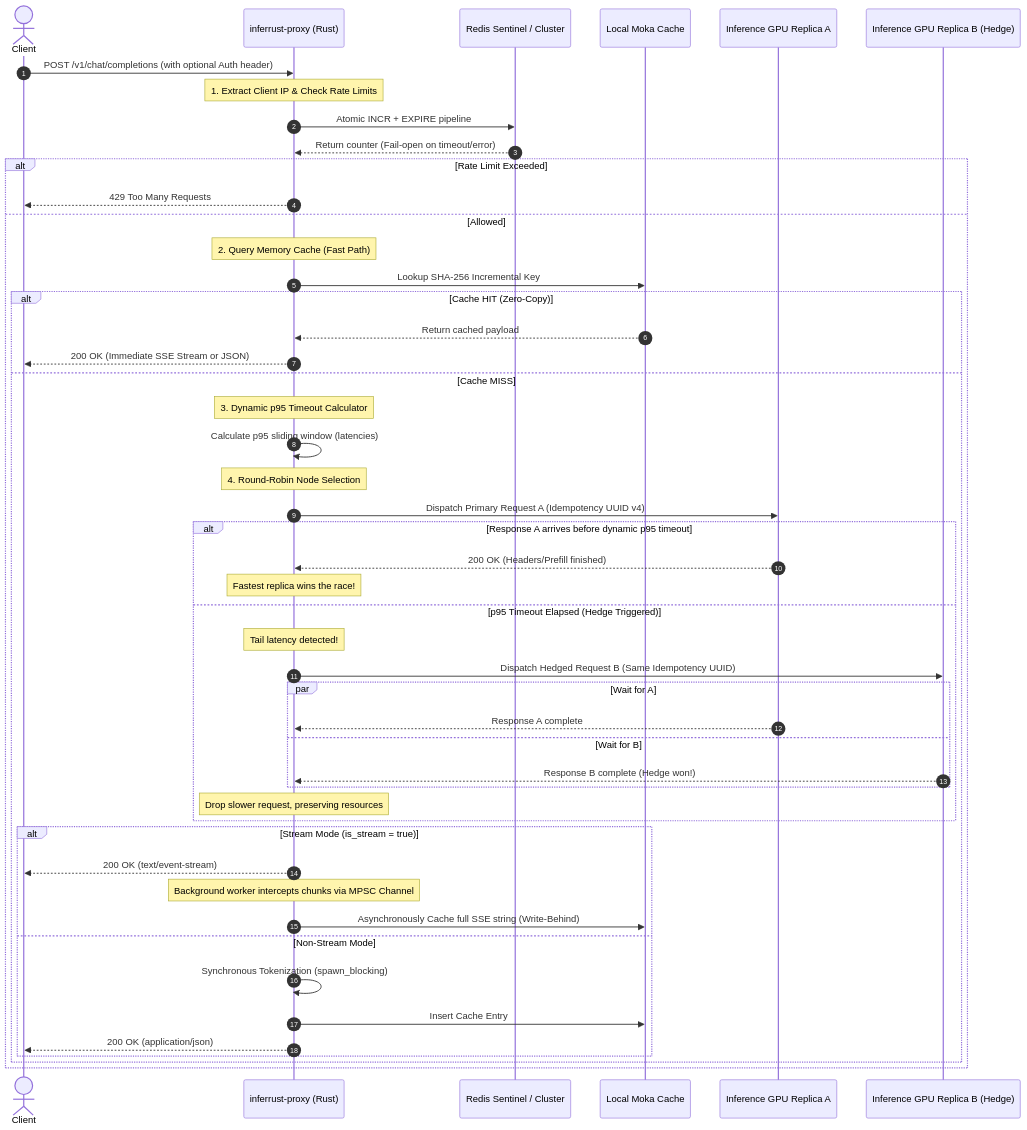
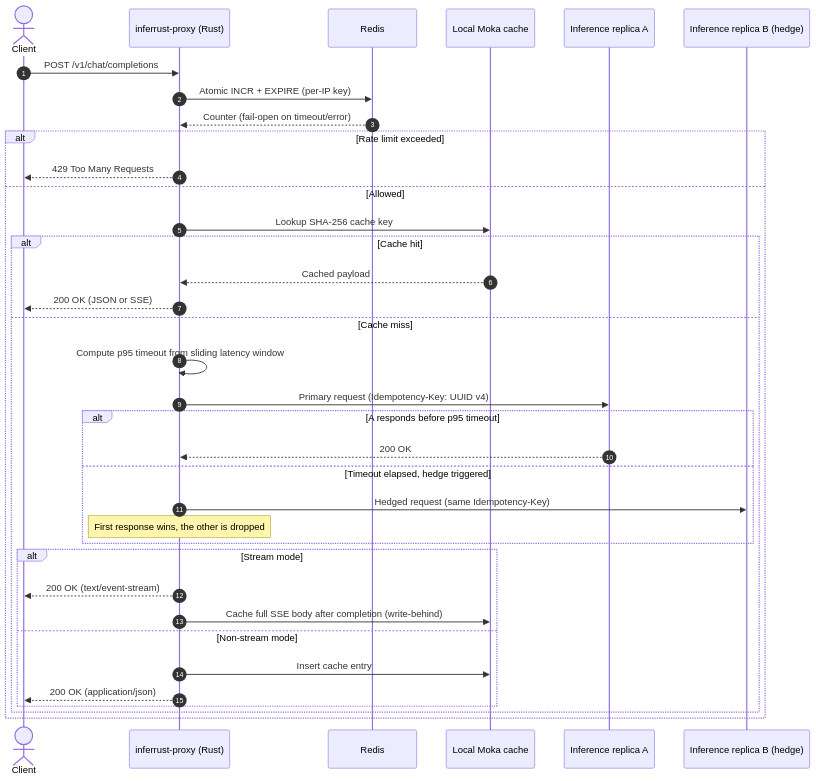
The diagram in README.md (kaioken13/inferrust-proxy), drawn with Mermaid before and after one commit. The commit also changed other lines of this file, not shown here.

````diff
--- a/README.md
+++ b/README.md
@@ -13,59 +21,40 @@
 ```mermaid
 sequenceDiagram
     autonumber
     actor Client
     participant Proxy as inferrust-proxy (Rust)
-    participant Redis as Redis Sentinel / Cluster
-    participant Moka as Local Moka Cache
-    participant GPU_A as Inference GPU Replica A
-    participant GPU_B as Inference GPU Replica B (Hedge)
+    participant Redis as Redis
+    participant Moka as Local Moka cache
+    participant A as Inference replica A
+    participant B as Inference replica B (hedge)
 
-    Client->>Proxy: POST /v1/chat/completions (with optional Auth header)
-    
-    Note over Proxy: 1. Extract Client IP & Check Rate Limits
-    Proxy->>Redis: Atomic INCR + EXPIRE pipeline
-    Redis-->>Proxy: Return counter (Fail-open on timeout/error)
-    
-    alt Rate Limit Exceeded
+    Client->>Proxy: POST /v1/chat/completions
+    Proxy->>Redis: Atomic INCR + EXPIRE (per-IP key)
+    Redis-->>Proxy: Counter (fail-open on timeout/error)
+
+    alt Rate limit exceeded
         Proxy-->>Client: 429 Too Many Requests
     else Allowed
-        Note over Proxy: 2. Query Memory Cache (Fast Path)
-        Proxy->>Moka: Lookup SHA-256 Incremental Key
-        alt Cache HIT (Zero-Copy)
-            Moka-->>Proxy: Return cached payload
-            Proxy-->>Client: 200 OK (Immediate SSE Stream or JSON)
-        else Cache MISS
-            Note over Proxy: 3. Dynamic p95 Timeout Calculator
-            Proxy->>Proxy: Calculate p95 sliding window (latencies)
-            
-            Note over Proxy: 4. Round-Robin Node Selection
-            Proxy->>GPU_A: Dispatch Primary Request A (Idempotency UUID v4)
-            
-            alt Response A arrives before dynamic p95 timeout
-                GPU_A-->>Proxy: 200 OK (Headers/Prefill finished)
-                Note over Proxy: Fastest replica wins the race!
-            else p95 Timeout Elapsed (Hedge Triggered)
-                Note over Proxy: Tail latency detected!
-                Proxy->>GPU_B: Dispatch Hedged Request B (Same Idempotency UUID)
-                
-                par Wait for A
-                    GPU_A-->>Proxy: Response A complete
-                and Wait for B
-                    GPU_B-->>Proxy: Response B complete (Hedge won!)
-                end
-                
-                Note over Proxy: Drop slower request, preserving resources
+        Proxy->>Moka: Lookup SHA-256 cache key
+        alt Cache hit
+            Moka-->>Proxy: Cached payload
+            Proxy-->>Client: 200 OK (JSON or SSE)
+        else Cache miss
+            Proxy->>Proxy: Compute p95 timeout from sliding latency window
+            Proxy->>A: Primary request (Idempotency-Key: UUID v4)
+            alt A responds before p95 timeout
+                A-->>Proxy: 200 OK
+            else Timeout elapsed, hedge triggered
+                Proxy->>B: Hedged request (same Idempotency-Key)
+                Note over Proxy: First response wins, the other is dropped
             end
-
-            alt Stream Mode (is_stream = true)
+            alt Stream mode
                 Proxy-->>Client: 200 OK (text/event-stream)
-                Note over Proxy: Background worker intercepts chunks via MPSC Channel
-                Proxy->>Moka: Asynchronously Cache full SSE string (Write-Behind)
-            else Non-Stream Mode
-                Proxy->>Proxy: Synchronous Tokenization (spawn_blocking)
-                Proxy->>Moka: Insert Cache Entry
+                Proxy->>Moka: Cache full SSE body after completion (write-behind)
+            else Non-stream mode
+                Proxy->>Moka: Insert cache entry
                 Proxy-->>Client: 200 OK (application/json)
             end
         end
     end
 ```
````
